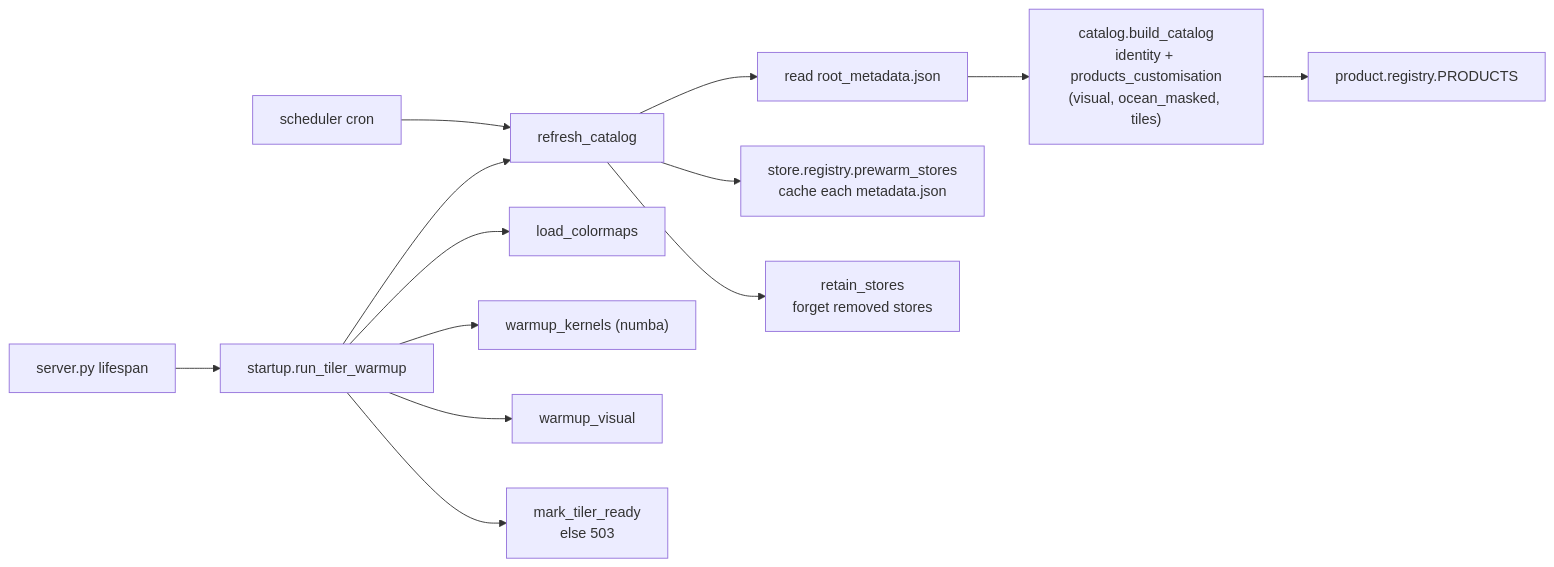
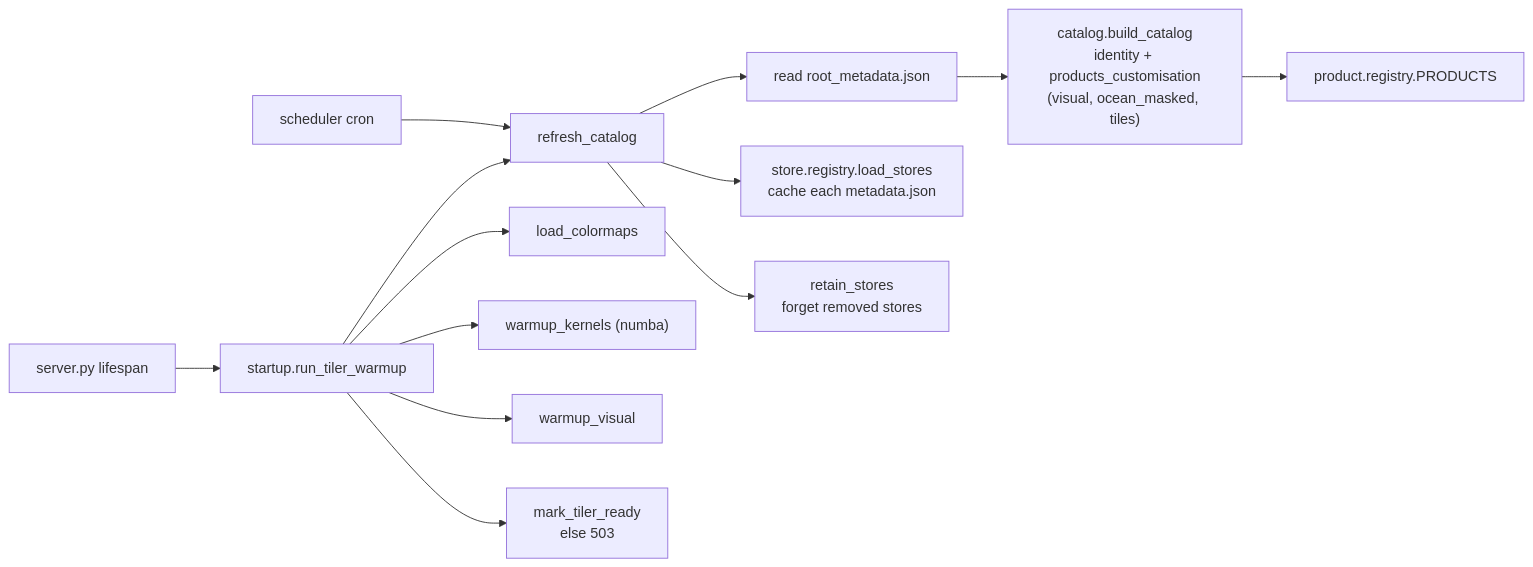
The second of 3 diagrams in data_access_service/tiler/ARCHITECTURE.md (aodn/data-access-service), drawn with Mermaid before and after one commit. The commit also changed 8 other files, not shown here.

Commit message:
simplify store registry

````diff
--- a/data_access_service/tiler/ARCHITECTURE.md
+++ b/data_access_service/tiler/ARCHITECTURE.md
@@ -83,17 +83,17 @@
 ```mermaid
 flowchart LR
     SRV["server.py lifespan"] --> WARM["startup.run_tiler_warmup"]
     SCHED["scheduler cron"] --> RC
     WARM --> RC["refresh_catalog"]
 
     RC --> LOAD["read root_metadata.json"]
     LOAD --> CAT["catalog.build_catalog<br/>identity + products_customisation<br/>(visual, ocean_masked, tiles)"]
     CAT --> PREG["product.registry.PRODUCTS"]
-    RC --> SREG["store.registry.prewarm_stores<br/>cache each metadata.json"]
+    RC --> SREG["store.registry.load_stores<br/>cache each metadata.json"]
     RC --> RETAIN["retain_stores<br/>forget removed stores"]
 
     WARM --> CM["load_colormaps"]
     WARM --> WK["warmup_kernels (numba)"]
     WARM --> WV["warmup_visual"]
     WARM --> READY["mark_tiler_ready<br/>else 503"]
 ```
````
